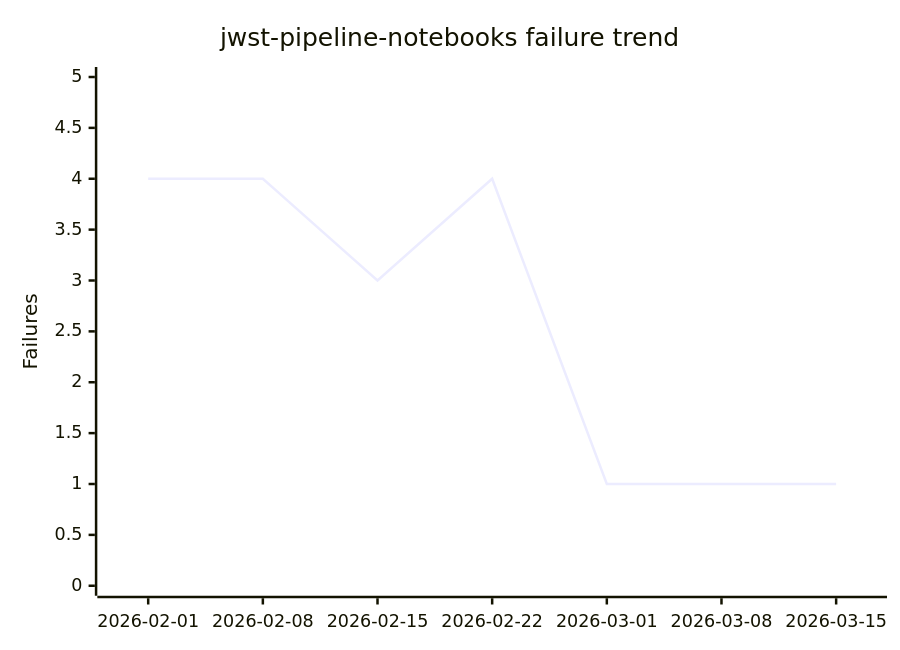
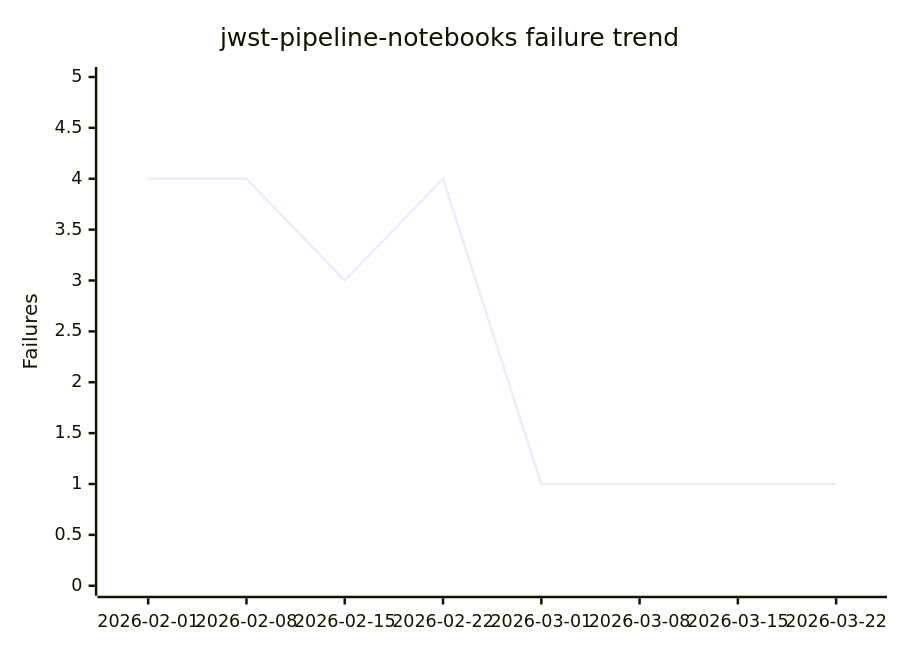
One commit to spacetelescope/notebook-infrastructure changed the fifth of 7 diagrams in metrics/dashboard.md. Above: the diagram before and after it, drawn with Mermaid. The commit also changed other lines of this file and 2 other files, not shown here.

````diff
--- a/metrics/dashboard.md
+++ b/metrics/dashboard.md
@@ -146,7 +148,7 @@
 ```mermaid
 xychart-beta
     title "jwst-pipeline-notebooks failure trend"
-    x-axis ["2026-02-01", "2026-02-08", "2026-02-15", "2026-02-22", "2026-03-01", "2026-03-08", "2026-03-15"]
+    x-axis ["2026-02-01", "2026-02-08", "2026-02-15", "2026-02-22", "2026-03-01", "2026-03-08", "2026-03-15", "2026-03-22"]
     y-axis "Failures" 0 --> 5
-    line [4, 4, 3, 4, 1, 1, 1]
+    line [4, 4, 3, 4, 1, 1, 1, 1]
 ```
````
